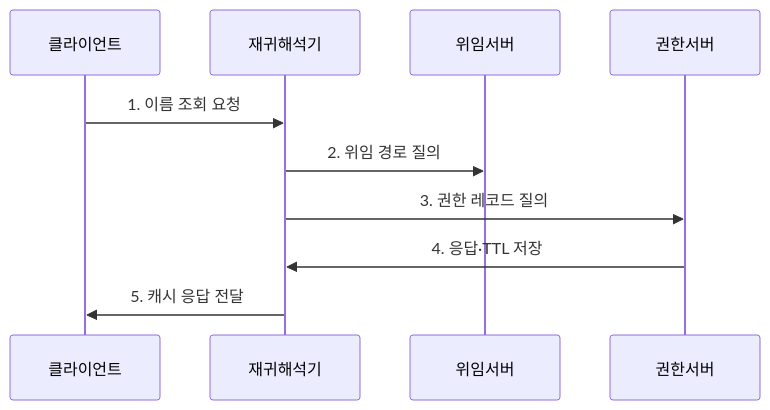
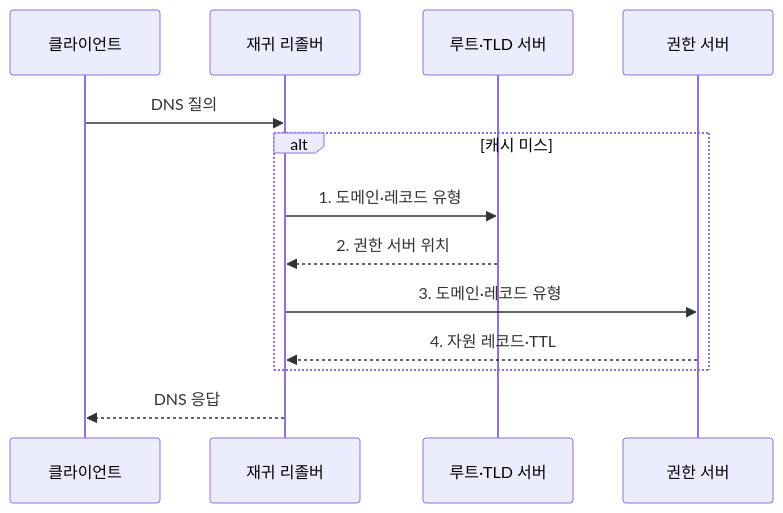
The second of 2 diagrams in src/content/docs/notes/04-network/008_dns_domain_name_system.md (agnusdei1207/knowledge-base), drawn with Mermaid before and after one commit. The commit also changed other lines of this file and 20 other files, not shown here.

````diff
--- a/src/content/docs/notes/04-network/008_dns_domain_name_system.md
+++ b/src/content/docs/notes/04-network/008_dns_domain_name_system.md
@@ -88,12 +91,15 @@
 ```mermaid
 sequenceDiagram
-    participant 클라이언트
-    participant 재귀해석기
-    participant 위임서버
-    participant 권한서버
-    클라이언트->>재귀해석기: 1. 이름 조회 요청
-    재귀해석기->>위임서버: 2. 위임 경로 질의
-    재귀해석기->>권한서버: 3. 권한 레코드 질의
-    권한서버->>재귀해석기: 4. 응답·TTL 저장
-    재귀해석기->>클라이언트: 5. 캐시 응답 전달
+    participant C as 클라이언트
+    participant R as 재귀 리졸버
+    participant D as 루트·TLD 서버
+    participant A as 권한 서버
+    C->>R: DNS 질의
+    alt 캐시 미스
+        R->>D: 1. 도메인·레코드 유형
+        D-->>R: 2. 권한 서버 위치
+        R->>A: 3. 도메인·레코드 유형
+        A-->>R: 4. 자원 레코드·TTL
+    end
+    R-->>C: DNS 응답
 ```
````
